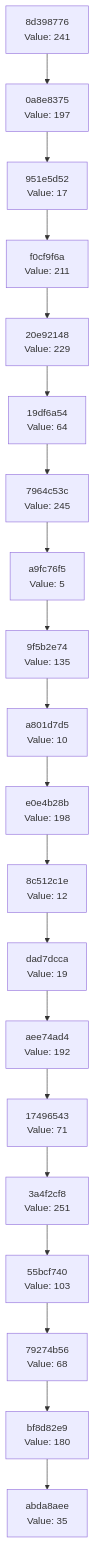
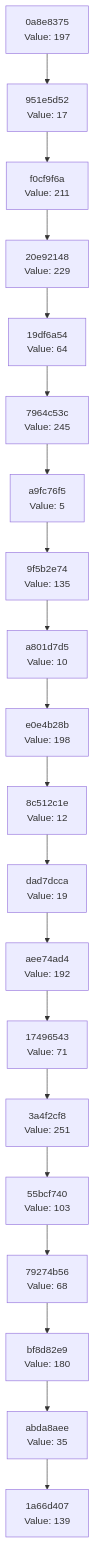
Before and after one commit to Abhisheksinha1506/hash-chain-evolver: the diagram in docs/CHAIN_VISUALIZATION.md, drawn with Mermaid. The commit also changed 2 other files, not shown here.

Commit message:
Evolution step: hash 0x8B → action executed

````diff
--- a/docs/CHAIN_VISUALIZATION.md
+++ b/docs/CHAIN_VISUALIZATION.md
@@ -3,42 +3,42 @@
 ```mermaid
 graph TD
-    C0["abda8aee<br/>Value: 35"]
-    C1["bf8d82e9<br/>Value: 180"]
+    C0["1a66d407<br/>Value: 139"]
+    C1["abda8aee<br/>Value: 35"]
     C1 --> C0
-    C2["79274b56<br/>Value: 68"]
+    C2["bf8d82e9<br/>Value: 180"]
     C2 --> C1
-    C3["55bcf740<br/>Value: 103"]
+    C3["79274b56<br/>Value: 68"]
     C3 --> C2
-    C4["3a4f2cf8<br/>Value: 251"]
+    C4["55bcf740<br/>Value: 103"]
     C4 --> C3
-    C5["17496543<br/>Value: 71"]
+    C5["3a4f2cf8<br/>Value: 251"]
     C5 --> C4
-    C6["aee74ad4<br/>Value: 192"]
+    C6["17496543<br/>Value: 71"]
     C6 --> C5
-    C7["dad7dcca<br/>Value: 19"]
+    C7["aee74ad4<br/>Value: 192"]
     C7 --> C6
-    C8["8c512c1e<br/>Value: 12"]
+    C8["dad7dcca<br/>Value: 19"]
     C8 --> C7
-    C9["e0e4b28b<br/>Value: 198"]
+    C9["8c512c1e<br/>Value: 12"]
     C9 --> C8
-    C10["a801d7d5<br/>Value: 10"]
+    C10["e0e4b28b<br/>Value: 198"]
     C10 --> C9
-    C11["9f5b2e74<br/>Value: 135"]
+    C11["a801d7d5<br/>Value: 10"]
     C11 --> C10
-    C12["a9fc76f5<br/>Value: 5"]
+    C12["9f5b2e74<br/>Value: 135"]
     C12 --> C11
-    C13["7964c53c<br/>Value: 245"]
+    C13["a9fc76f5<br/>Value: 5"]
     C13 --> C12
-    C14["19df6a54<br/>Value: 64"]
+    C14["7964c53c<br/>Value: 245"]
     C14 --> C13
-    C15["20e92148<br/>Value: 229"]
+    C15["19df6a54<br/>Value: 64"]
     C15 --> C14
-    C16["f0cf9f6a<br/>Value: 211"]
+    C16["20e92148<br/>Value: 229"]
     C16 --> C15
-    C17["951e5d52<br/>Value: 17"]
+    C17["f0cf9f6a<br/>Value: 211"]
     C17 --> C16
-    C18["0a8e8375<br/>Value: 197"]
+    C18["951e5d52<br/>Value: 17"]
     C18 --> C17
-    C19["8d398776<br/>Value: 241"]
+    C19["0a8e8375<br/>Value: 197"]
     C19 --> C18
 ```
````
